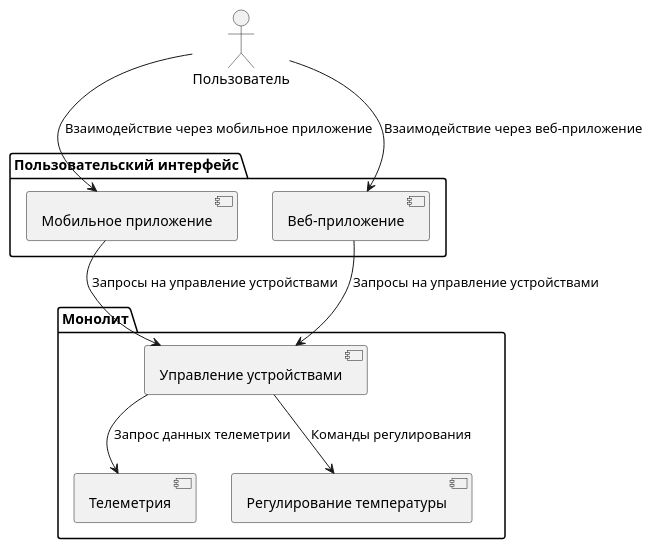
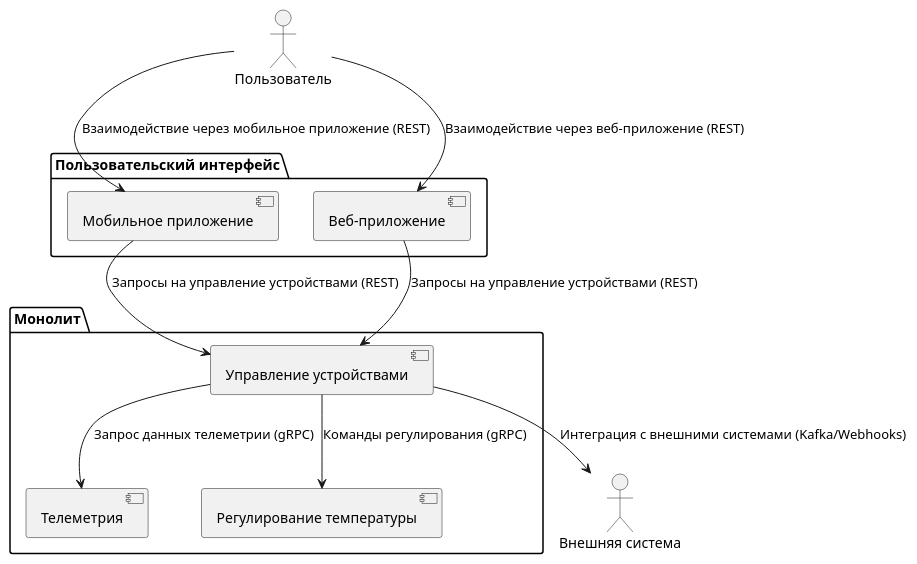
Before and after one commit to No1sonGit/architecture-sprint-3: the diagram in first_task/c4.puml, drawn with PlantUML. The commit also changed 1 other file, not shown here.

```diff
--- a/first_task/c4.puml
+++ b/first_task/c4.puml
@@ -1,25 +1,27 @@
 @startuml
 
 package "Монолит" {
   component DeviceManagement as "Управление устройствами"
   component Telemetry as "Телеметрия"
   component TemperatureRegulation as "Регулирование температуры"
 }
 
 actor User as "Пользователь"
+actor ExternalSystem as "Внешняя система"
 
 package "Пользовательский интерфейс" {
   component MobileApp as "Мобильное приложение"
   component WebApp as "Веб-приложение"
 }
 
-User --> MobileApp : "Взаимодействие через мобильное приложение"
-User --> WebApp : "Взаимодействие через веб-приложение"
+User --> MobileApp : "Взаимодействие через мобильное приложение (REST)"
+User --> WebApp : "Взаимодействие через веб-приложение (REST)"
 
-MobileApp --> DeviceManagement : "Запросы на управление устройствами"
-WebApp --> DeviceManagement : "Запросы на управление устройствами"
+MobileApp --> DeviceManagement : "Запросы на управление устройствами (REST)"
+WebApp --> DeviceManagement : "Запросы на управление устройствами (REST)"
 
-DeviceManagement --> Telemetry : "Запрос данных телеметрии"
-DeviceManagement --> TemperatureRegulation : "Команды регулирования"
+DeviceManagement --> Telemetry : "Запрос данных телеметрии (gRPC)"
+DeviceManagement --> TemperatureRegulation : "Команды регулирования (gRPC)"
+DeviceManagement --> ExternalSystem : "Интеграция с внешними системами (Kafka/Webhooks)"
 
 @enduml
```
